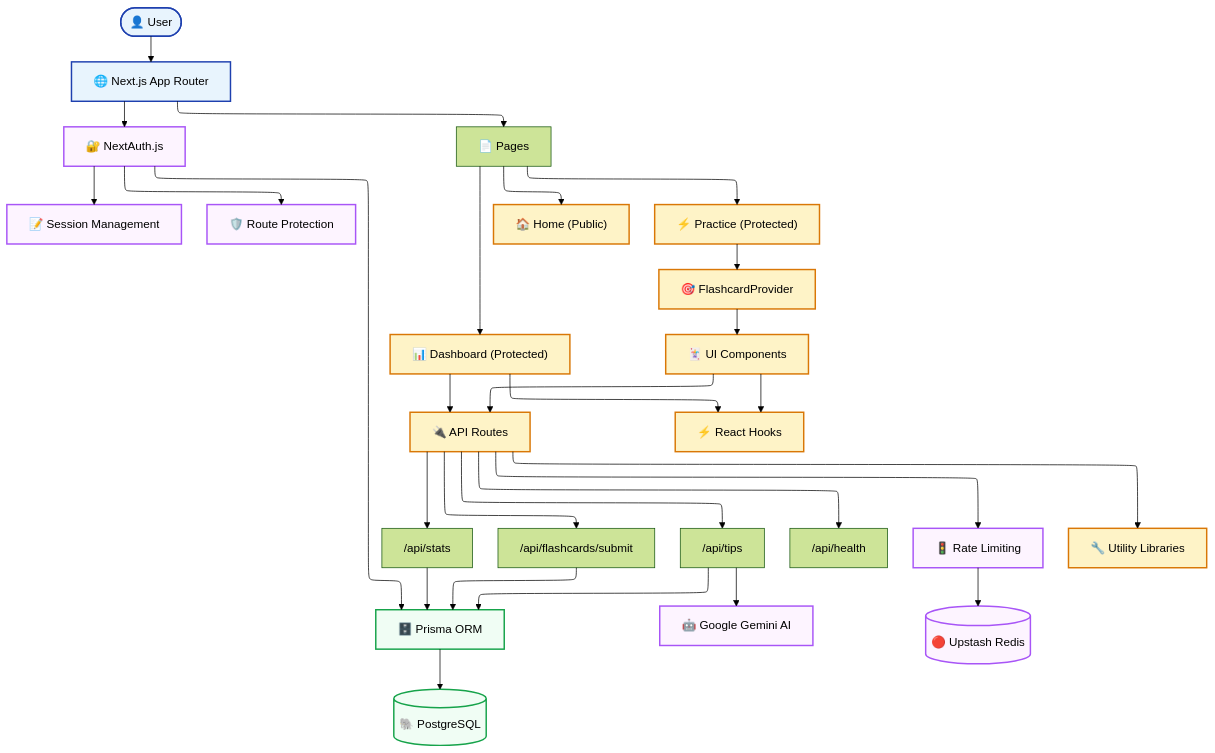
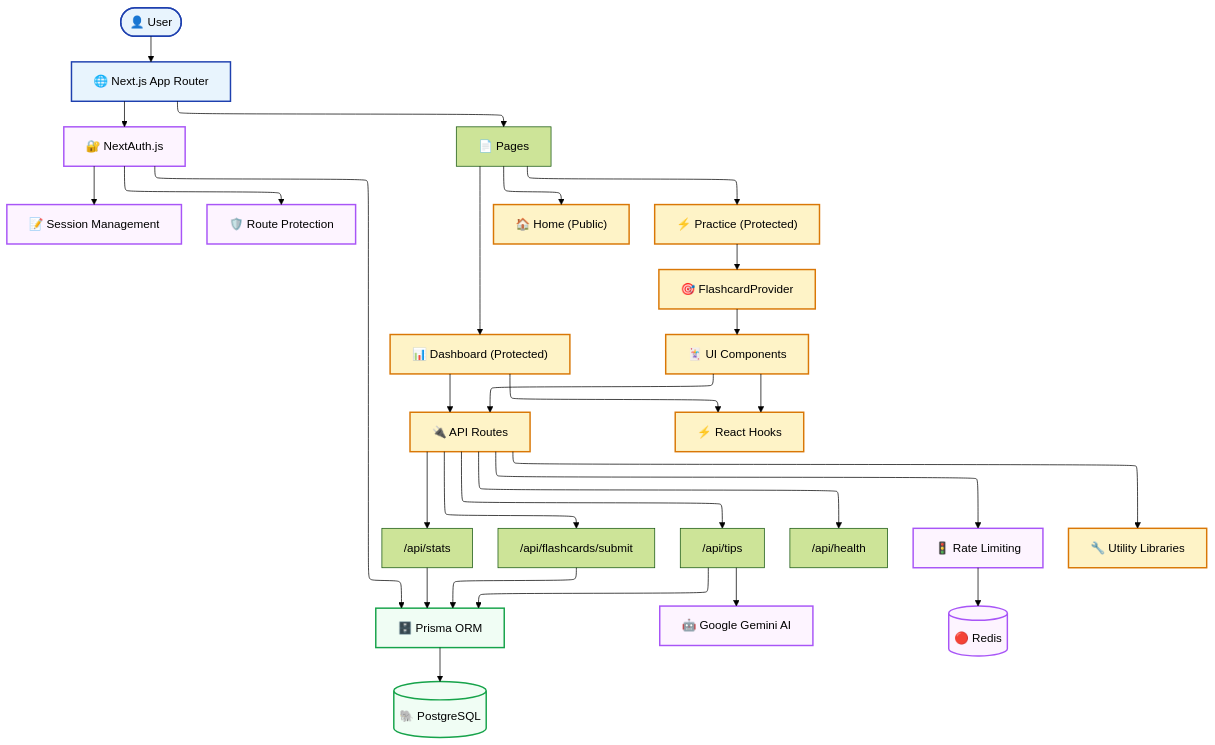
One commit to sakan811/SakuMari changed the diagram in docs/mermaid/system.mmd. Above: the diagram before and after it, drawn with Mermaid. The commit also changed 5 other files, not shown here.

Commit message:
docs: update rate limiting configuration from Upstash to local Redis

```diff
--- a/docs/mermaid/system.mmd
+++ b/docs/mermaid/system.mmd
@@ -1,55 +1,55 @@
 ---
 config:
   theme: 'forest'
   defaultRenderer: "elk"
   layout: elk
 ---
 flowchart TD
     User([👤 User]) --> Browser["🌐 Next.js App Router"]
 
     Browser --> Auth["🔐 NextAuth.js"]
     Auth --> Session["📝 Session Management"]
     Auth --> Proxy["🛡️ Route Protection"]
 
     Browser --> Pages["📄 Pages"]
     Pages --> Home["🏠 Home (Public)"]
     Pages --> Practice["⚡ Practice (Protected)"]
     Pages --> Dashboard["📊 Dashboard (Protected)"]
 
     Practice --> Provider["🎯 FlashcardProvider"]
     Provider --> Components["🃏 UI Components"]
 
     Components --> API["🔌 API Routes"]
     Dashboard --> API
 
     API --> Stats["/api/stats"]
     API --> Submit["/api/flashcards/submit"]
     API --> Tips["/api/tips"]
     API --> Health["/api/health"]
 
     Stats --> Prisma["🗄️ Prisma ORM"]
     Submit --> Prisma
     Tips --> Prisma
     Auth --> Prisma
     Prisma --> DB[(🐘 PostgreSQL)]
 
     Tips --> Gemini["🤖 Google Gemini AI"]
 
     Components --> Hooks["⚡ React Hooks"]
     Dashboard --> Hooks
 
     API --> RateLimit["🚦 Rate Limiting"]
     API --> Utils["🔧 Utility Libraries"]
 
-    RateLimit --> Redis[(🔴 Upstash Redis)]
+    RateLimit --> Redis[(🔴 Redis)]
 
     classDef userLayer fill:#e8f4fd,stroke:#1e40af,stroke-width:2px
     classDef appLayer fill:#fef3c7,stroke:#d97706,stroke-width:2px
     classDef dataLayer fill:#f0fdf4,stroke:#16a34a,stroke-width:2px
     classDef aiLayer fill:#fdf4ff,stroke:#a855f7,stroke-width:2px
     classDef infraLayer fill:#fefce8,stroke:#eab308,stroke-width:2px
 
     class User,Browser userLayer
     class Home,Practice,Dashboard,Provider,Components,API,Hooks,Utils appLayer
     class Prisma,DB dataLayer
     class Auth,Session,Gemini,Proxy,RateLimit,Redis aiLayer
```
